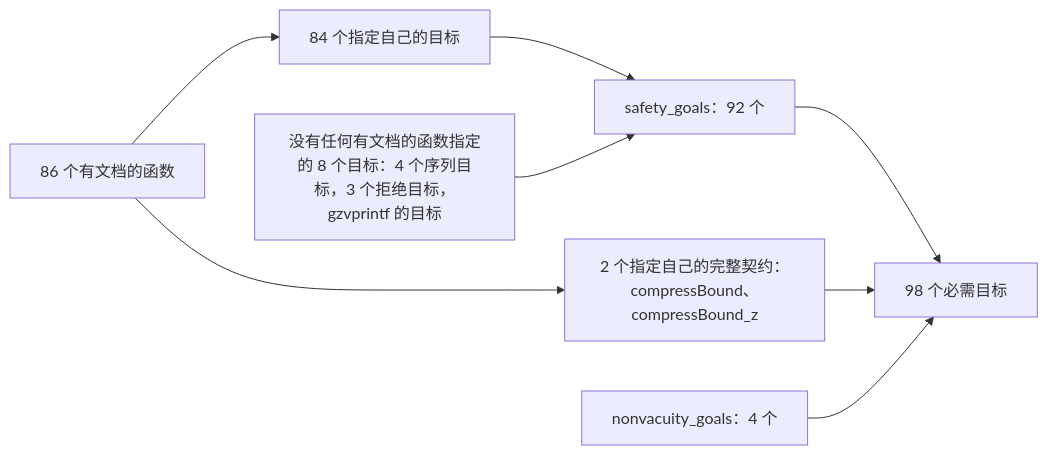
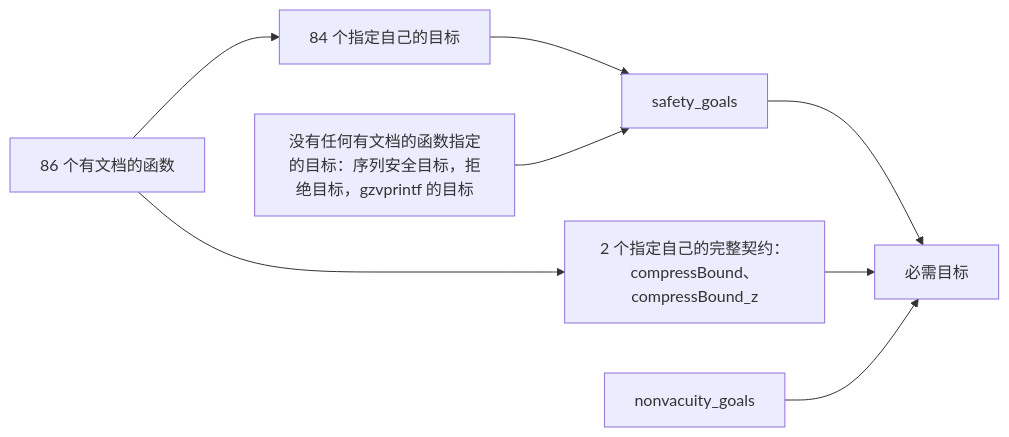
The diagram in docs/checking/goals.zh.md (cla7aye15I4nd/oss-proof), drawn with Mermaid before and after one commit. The commit also changed other lines of this file and 15 other files, not shown here.

````diff
--- a/docs/checking/goals.zh.md
+++ b/docs/checking/goals.zh.md
@@ -38,10 +38,10 @@
 ```mermaid
 flowchart LR
     D["86 个有文档的函数"] --> O["84 个指定自己的目标"]
     D --> C["2 个指定自己的完整契约：compressBound、compressBound_z"]
-    O --> G["safety_goals：92 个"]
-    Q["没有任何有文档的函数指定的 8 个目标：4 个序列目标，3 个拒绝目标，gzvprintf 的目标"] --> G
-    G --> R["98 个必需目标"]
+    O --> G["safety_goals"]
+    Q["没有任何有文档的函数指定的目标：序列安全目标，拒绝目标，gzvprintf 的目标"] --> G
+    G --> R["必需目标"]
     C --> R
-    N["nonvacuity_goals：4 个"] --> R
+    N["nonvacuity_goals"] --> R
 ```
````
